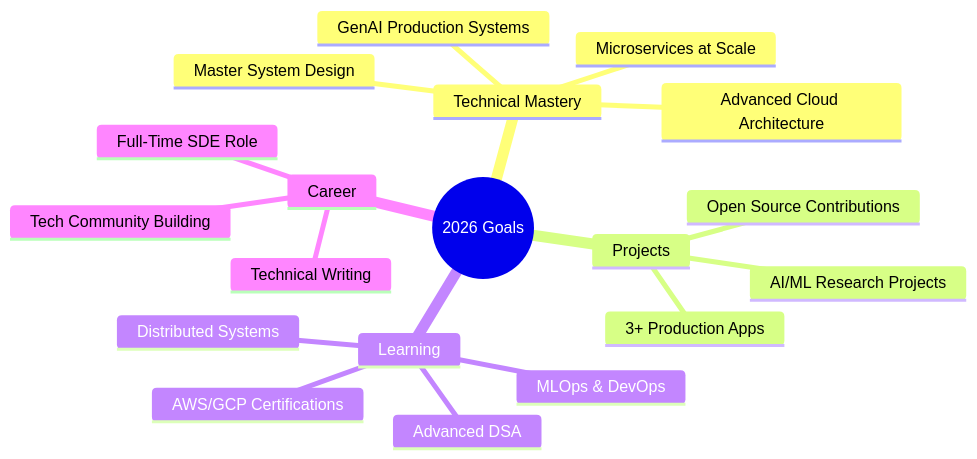
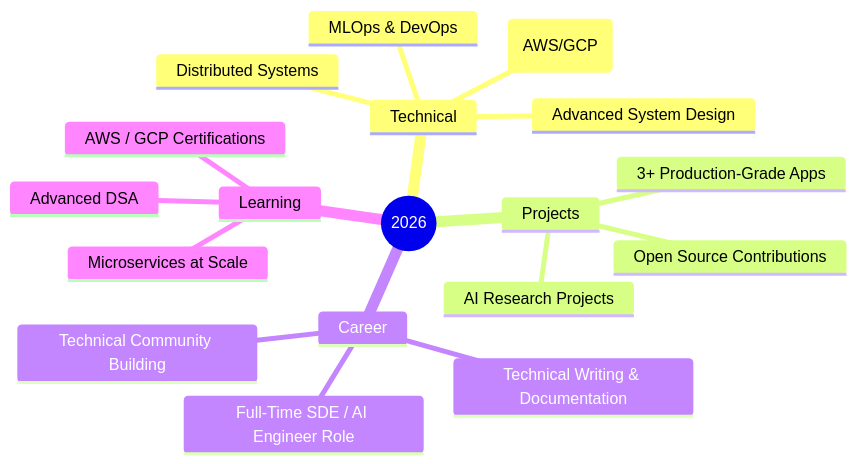
One commit to saiprasad367/saiprasad367 changed the first of 2 diagrams in README.md. Above: the diagram before and after it, drawn with Mermaid. The commit also changed other lines of this file, not shown here.

````diff
--- a/README.md
+++ b/README.md
@@ -594,22 +296,21 @@
 ```mermaid
 mindmap
-  root((2026 Goals))
-    Technical Mastery
-      Master System Design
-      Advanced Cloud Architecture
-      GenAI Production Systems
+  root((2026))
+    Technical
+      Advanced System Design
+      Cloud Architecture (AWS/GCP)
+      MLOps & DevOps
+      Distributed Systems
+    Projects
+      3+ Production-Grade Apps
+      Open Source Contributions
+      AI Research Projects
+    Career
+      Full-Time SDE / AI Engineer Role
+      Technical Community Building
+      Technical Writing & Documentation
+    Learning
+      AWS / GCP Certifications
+      Advanced DSA
       Microservices at Scale
-    Projects
-      3+ Production Apps
-      Open Source Contributions
-      AI/ML Research Projects
-    Learning
-      AWS/GCP Certifications
-      Advanced DSA
-      Distributed Systems
-      MLOps & DevOps
-    Career
-      Full-Time SDE Role
-      Tech Community Building
-      Technical Writing
 ```
````
